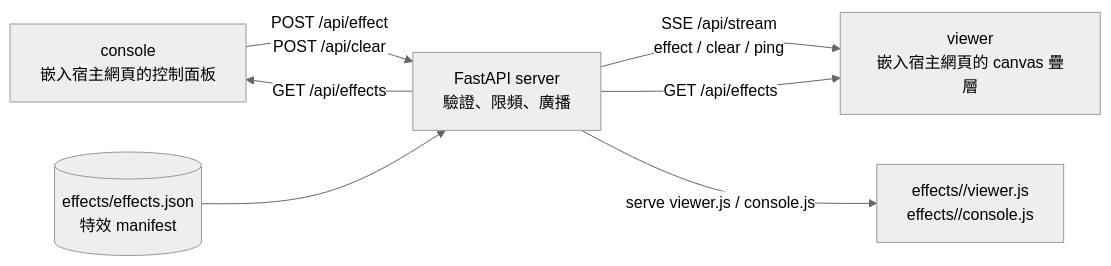
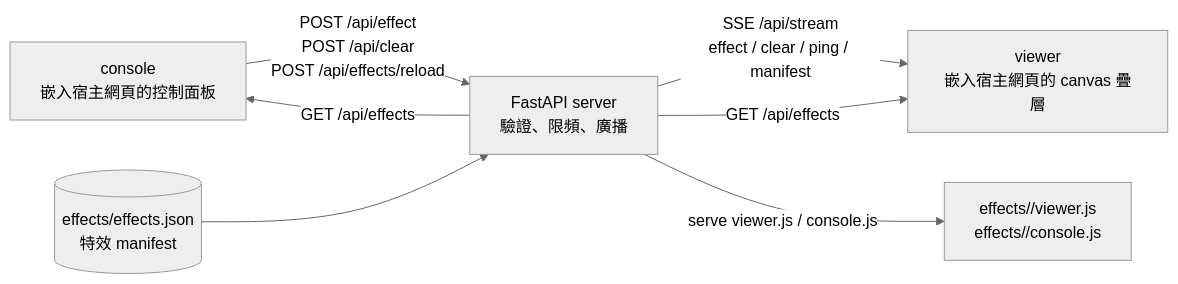
One commit to zivngit/Real-time-Interaction-html changed the diagram in README.md. Above: the diagram before and after it, drawn with Mermaid (neutral theme). The commit also changed other lines of this file and 14 other files, not shown here.

First line of the commit message:
feat(effects): 新增 manifest 手動重載與 POST 金鑰 header-only

````diff
--- a/README.md
+++ b/README.md
@@ -19,15 +20,15 @@
 ```mermaid
 flowchart LR
     C["console<br/>嵌入宿主網頁的控制面板"]
     S["FastAPI server<br/>驗證、限頻、廣播"]
     V["viewer<br/>嵌入宿主網頁的 canvas 疊層"]
     M[("effects/effects.json<br/>特效 manifest")]
     P["effects/<id>/viewer.js<br/>effects/<id>/console.js"]
 
-    C -->|"POST /api/effect<br/>POST /api/clear"| S
-    S -->|"SSE /api/stream<br/>effect / clear / ping"| V
+    C -->|"POST /api/effect<br/>POST /api/clear<br/>POST /api/effects/reload"| S
+    S -->|"SSE /api/stream<br/>effect / clear / ping / manifest"| V
     M --> S
     S -->|"GET /api/effects"| C
     S -->|"GET /api/effects"| V
     S -->|"serve viewer.js / console.js"| P
 ```
````
